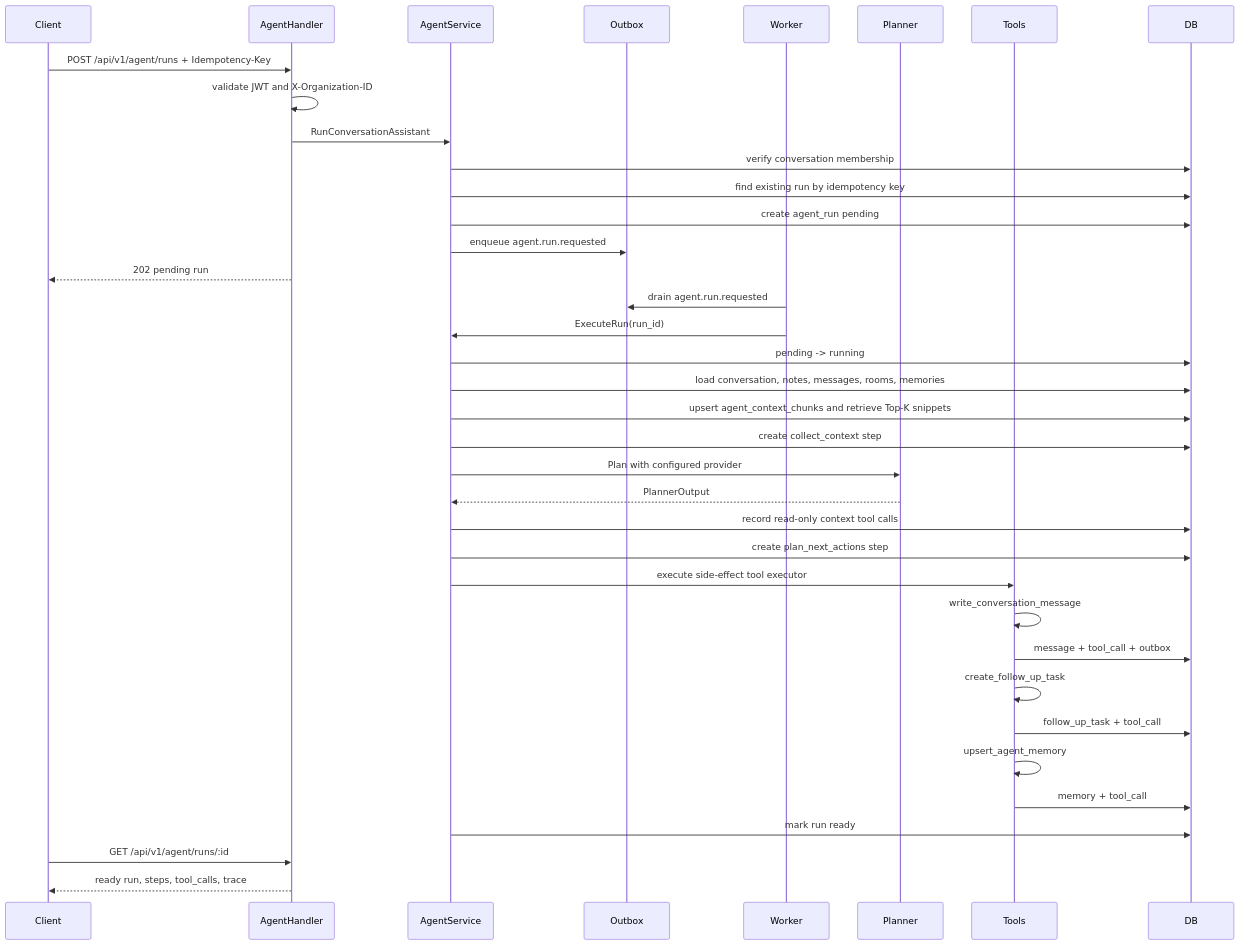
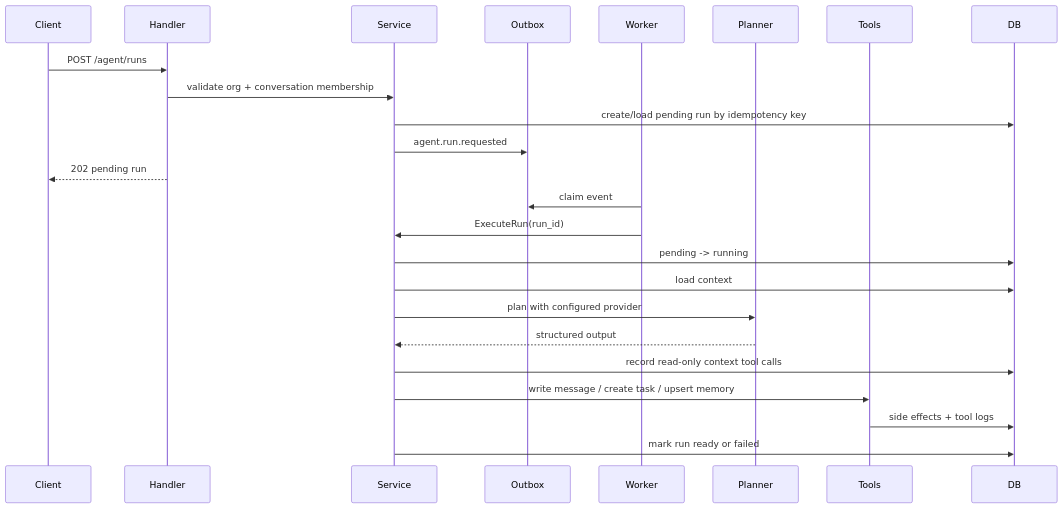
Before and after one commit to XianingY/AllCallAll: the diagram in docs/interview/ai-agent-design.md, drawn with Mermaid. The commit also changed other lines of this file and 31 other files, not shown here.

Commit message:
docs: align docs with current backend architecture

````diff
--- a/docs/interview/ai-agent-design.md
+++ b/docs/interview/ai-agent-design.md
@@ -55,40 +38,27 @@
 ```mermaid
 sequenceDiagram
     participant Client
-    participant Handler as AgentHandler
-    participant Service as AgentService
+    participant Handler
+    participant Service
     participant Outbox
     participant Worker
     participant Planner
     participant Tools
     participant DB
 
-    Client->>Handler: POST /api/v1/agent/runs + Idempotency-Key
-    Handler->>Handler: validate JWT and X-Organization-ID
-    Handler->>Service: RunConversationAssistant
-    Service->>DB: verify conversation membership
-    Service->>DB: find existing run by idempotency key
-    Service->>DB: create agent_run pending
-    Service->>Outbox: enqueue agent.run.requested
+    Client->>Handler: POST /agent/runs
+    Handler->>Service: validate org + conversation membership
+    Service->>DB: create/load pending run by idempotency key
+    Service->>Outbox: agent.run.requested
     Handler-->>Client: 202 pending run
-    Worker->>Outbox: drain agent.run.requested
+    Worker->>Outbox: claim event
     Worker->>Service: ExecuteRun(run_id)
     Service->>DB: pending -> running
-    Service->>DB: load conversation, notes, messages, rooms, memories
-    Service->>DB: upsert agent_context_chunks and retrieve Top-K snippets
-    Service->>DB: create collect_context step
-    Service->>Planner: Plan with configured provider
-    Planner-->>Service: PlannerOutput
+    Service->>DB: load context
+    Service->>Planner: plan with configured provider
+    Planner-->>Service: structured output
     Service->>DB: record read-only context tool calls
-    Service->>DB: create plan_next_actions step
-    Service->>Tools: execute side-effect tool executor
-    Tools->>Tools: write_conversation_message
-    Tools->>DB: message + tool_call + outbox
-    Tools->>Tools: create_follow_up_task
-    Tools->>DB: follow_up_task + tool_call
-    Tools->>Tools: upsert_agent_memory
-    Tools->>DB: memory + tool_call
-    Service->>DB: mark run ready
-    Client->>Handler: GET /api/v1/agent/runs/:id
-    Handler-->>Client: ready run, steps, tool_calls, trace
+    Service->>Tools: write message / create task / upsert memory
+    Tools->>DB: side effects + tool logs
+    Service->>DB: mark run ready or failed
 ```
````
